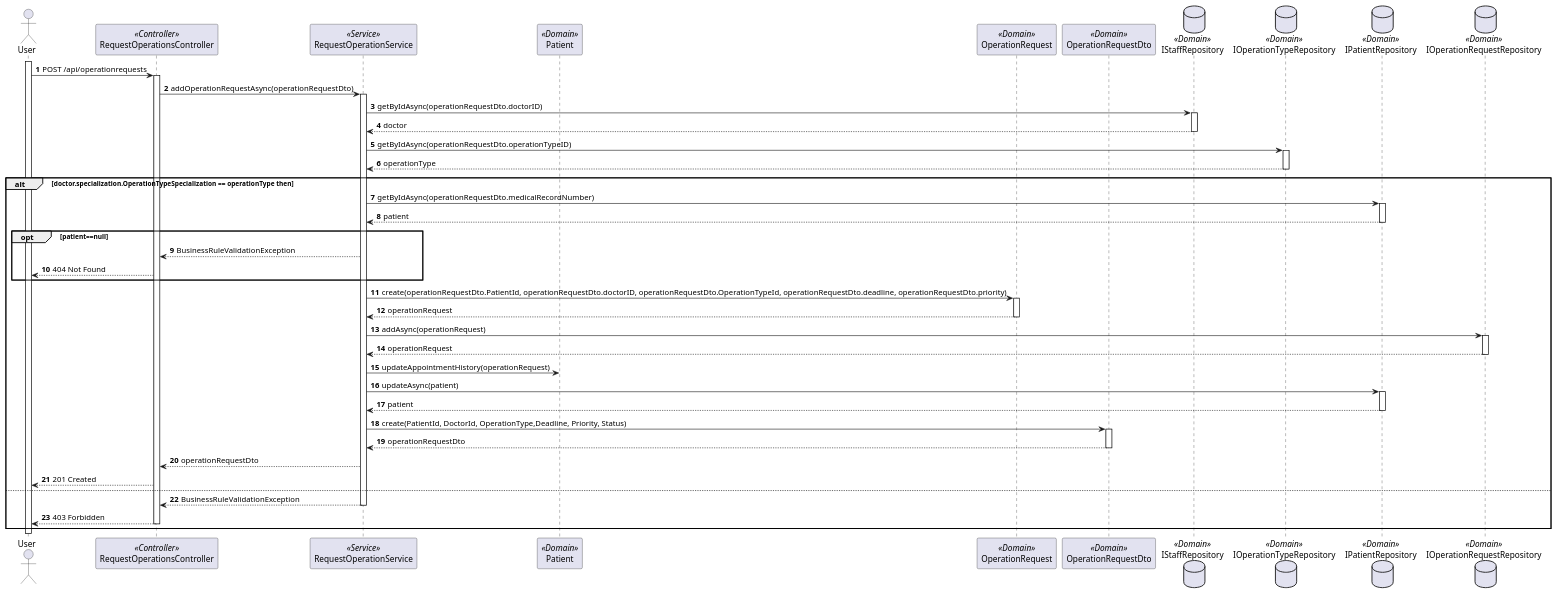
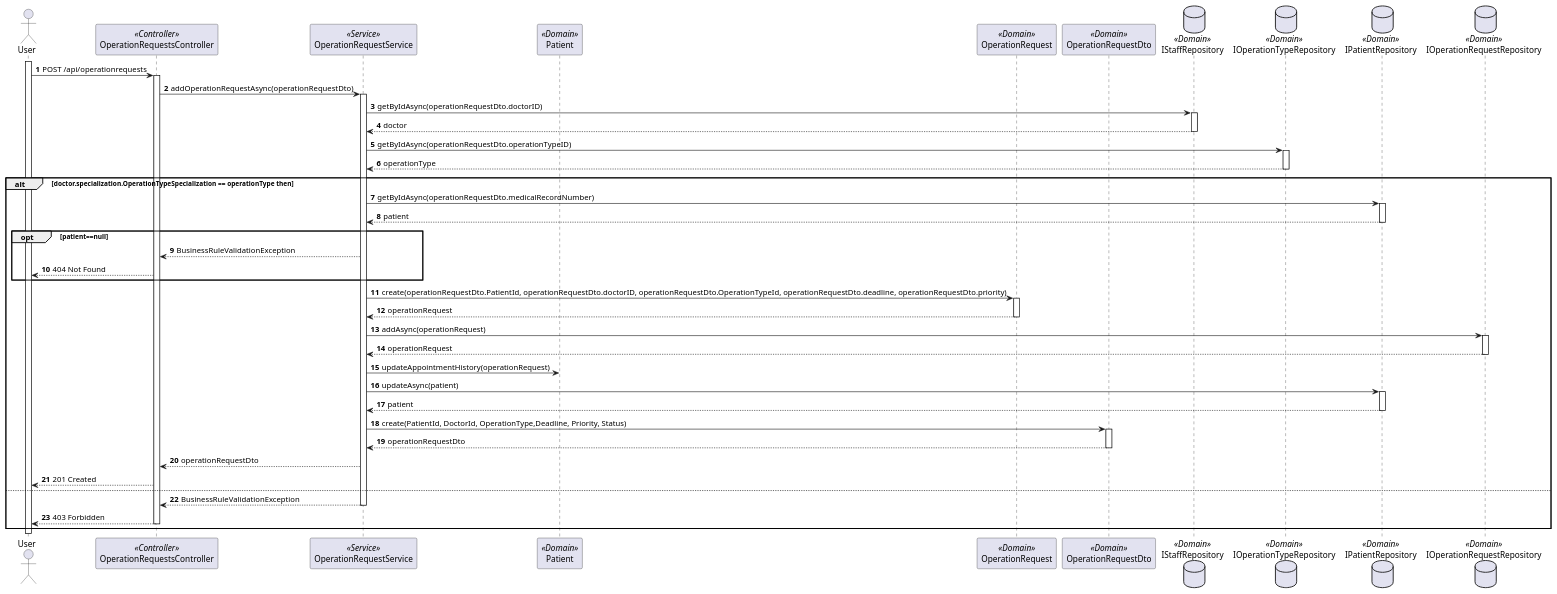
Before and after one commit to 1220846/sem5pi-24-25-3ddg20: the diagram in docs/sprint-a/us-5.1.16/level3/process-view.puml, drawn with PlantUML. The commit also changed 4 other files, not shown here.

Commit message:
Modification of Controller and service #16

```diff
--- a/docs/sprint-a/us-5.1.16/level3/process-view.puml
+++ b/docs/sprint-a/us-5.1.16/level3/process-view.puml
@@ -1,86 +1,86 @@
 @startuml level3
 
 autonumber
 
 actor "User" as UserP
-participant "RequestOperationsController" as Controller <<Controller>>
-participant "RequestOperationService" as Service <<Service>>
+participant "OperationRequestsController" as Controller <<Controller>>
+participant "OperationRequestService" as Service <<Service>>
 participant "Patient" as Patient <<Domain>>
 participant "OperationRequest" as OperationRequest <<Domain>>
 participant "OperationRequestDto" as OperationRequestDto <<Domain>>
 database "IStaffRepository" as StaffRepository <<Domain>>
 database "IOperationTypeRepository" as OperationTypeRepository <<Domain>>
 database "IPatientRepository" as PatientRepository <<Domain>>
 database "IOperationRequestRepository" as OperationRequestRepository <<Domain>>
 
 activate UserP
 UserP->Controller: POST /api/operationrequests
 activate Controller
 
     Controller->Service:addOperationRequestAsync(operationRequestDto)
     activate Service
 
         Service -> StaffRepository:getByIdAsync(operationRequestDto.doctorID)
         activate StaffRepository
 
             StaffRepository-->Service:doctor
         deactivate StaffRepository
         
         Service -> OperationTypeRepository:getByIdAsync(operationRequestDto.operationTypeID)
         activate OperationTypeRepository
 
             OperationTypeRepository-->Service:operationType
         deactivate OperationTypeRepository
 
         alt doctor.specialization.OperationTypeSpecialization == operationType then
         
         Service -> PatientRepository:getByIdAsync(operationRequestDto.medicalRecordNumber)
         activate PatientRepository
 
             PatientRepository-->Service:patient
         deactivate PatientRepository
 
         opt patient==null
             Service-->Controller:BusinessRuleValidationException
         Controller-->UserP:404 Not Found
         end opt
 
         Service->OperationRequest:create(operationRequestDto.PatientId, operationRequestDto.doctorID, operationRequestDto.OperationTypeId, operationRequestDto.deadline, operationRequestDto.priority)
         activate OperationRequest
 
             OperationRequest-->Service:operationRequest
         deactivate OperationRequest
 
         Service->OperationRequestRepository:addAsync(operationRequest)
         activate OperationRequestRepository
 
             OperationRequestRepository-->Service:operationRequest
         deactivate OperationRequestRepository
 
         Service->Patient:updateAppointmentHistory(operationRequest)
 
         Service->PatientRepository:updateAsync(patient)
         activate PatientRepository
 
             PatientRepository-->Service:patient
         deactivate PatientRepository
 
         Service->OperationRequestDto:create(PatientId, DoctorId, OperationType,Deadline, Priority, Status)
         activate OperationRequestDto
 
             OperationRequestDto-->Service:operationRequestDto
         deactivate OperationRequestDto
         Service --> Controller:operationRequestDto
 
         UserP<--Controller:201 Created
         else
             Controller<--Service:BusinessRuleValidationException
         deactivate Service
         UserP<--Controller:403 Forbidden
     deactivate Controller
 
 
     end alt
 
 
 @enduml
```
